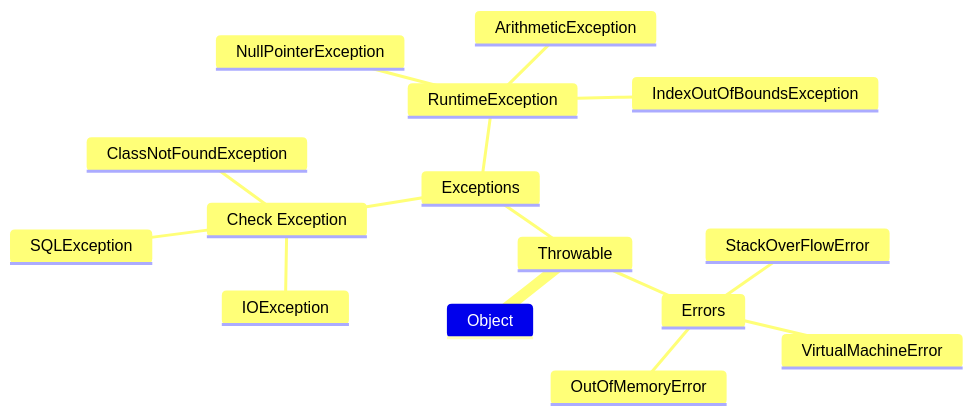
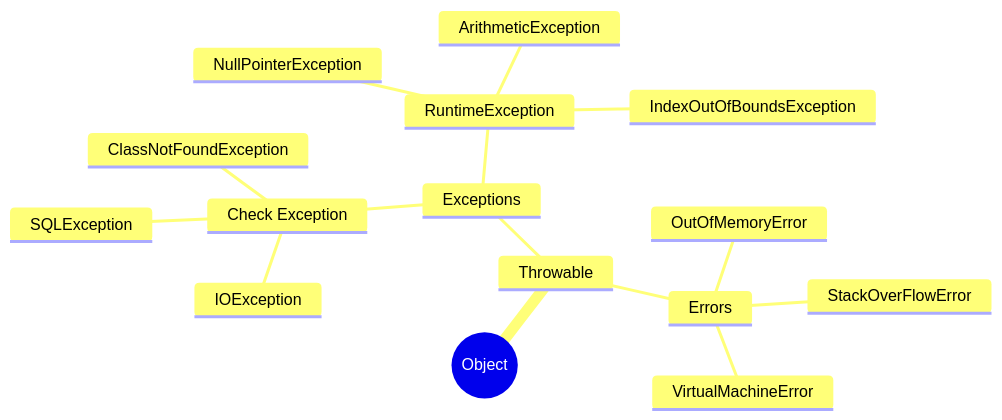
The diagram in doc/编程语言/JAVA/高级/异常.md (0xcaffebabe/note), drawn with Mermaid before and after one commit. The commit also changed 12 other files, not shown here.

First line of the commit message:
docs(mindmap): 统一思维导图根节点格式

````diff
--- a/doc/编程语言/JAVA/高级/异常.md
+++ b/doc/编程语言/JAVA/高级/异常.md
@@ -5,18 +5,18 @@
 ```mermaid
 mindmap
-    Object
+    root((Object))
         Throwable
             Exceptions
                 Check Exception
                     IOException
                     SQLException
                     ClassNotFoundException
                 RuntimeException
                     NullPointerException
                     ArithmeticException
                     IndexOutOfBoundsException
             Errors
                 StackOverFlowError
                 VirtualMachineError
                 OutOfMemoryError
 ```
````
